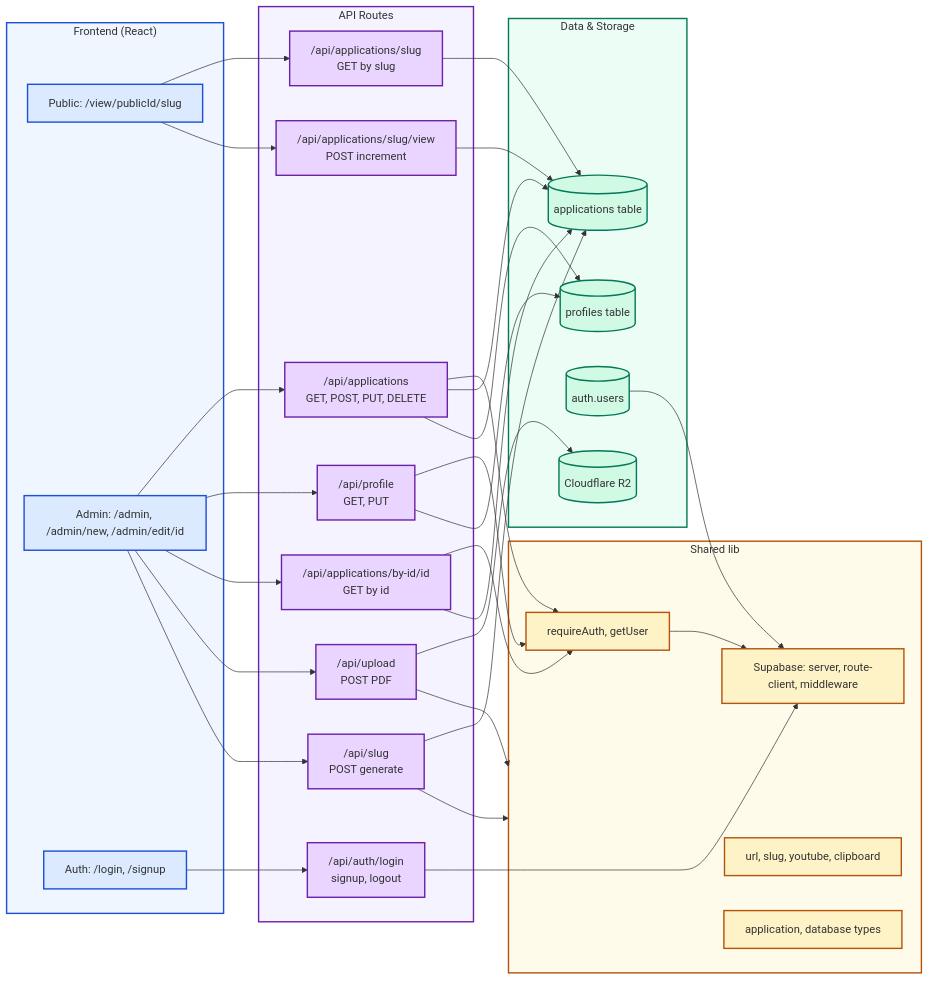
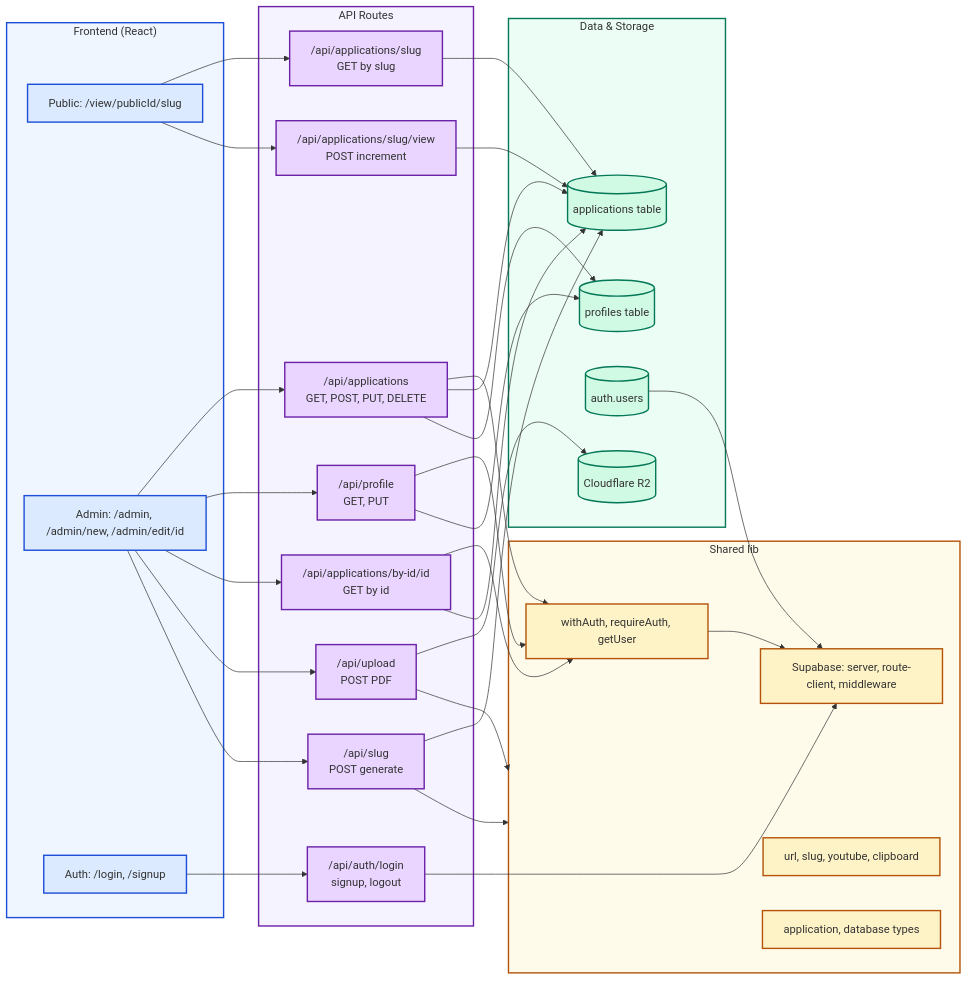
One commit to joan-gerard/my-hire-view changed the second of 5 diagrams in docs/ARCHITECTURE.md. Above: the diagram before and after it, drawn with Mermaid. The commit also changed other lines of this file and 26 other files, not shown here.

```diff
--- a/docs/ARCHITECTURE.md
+++ b/docs/ARCHITECTURE.md
@@ -95,7 +95,7 @@
   end
 
   subgraph Lib["Shared lib"]
-    Auth[requireAuth, getUser]
+    Auth[withAuth, requireAuth, getUser]
     SupabaseClients[Supabase: server, route-client, middleware]
     Utils[url, slug, youtube, clipboard]
     Types[application, database types]
```
